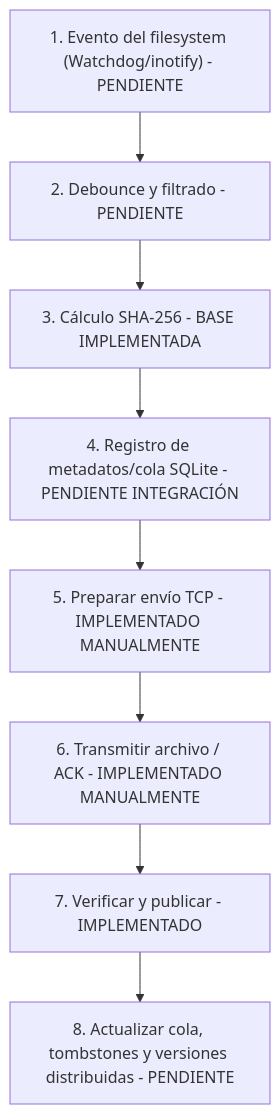
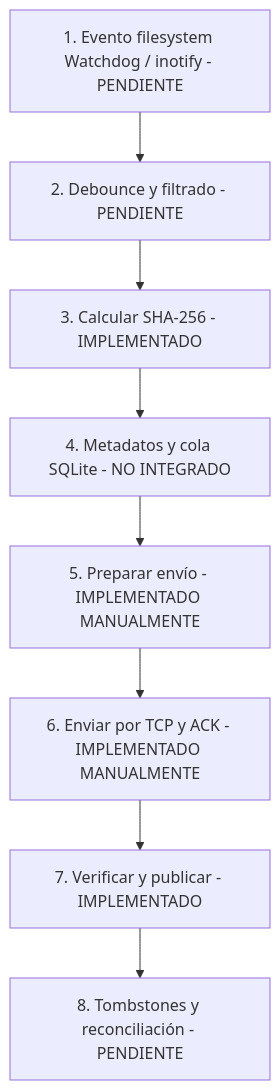
One commit to Codeforgeettttt/localsync-lan-engine_SistemasOperativos_G1 changed the diagram in documentacion/diagramas/fuentes_mermaid/flujo_sincronizacion_8_etapas.mmd. Above: the diagram before and after it, drawn with Mermaid.

Commit message:
docs(mermaid): corregir sintaxis del diagrama de evolución futura

```diff
--- a/documentacion/diagramas/fuentes_mermaid/flujo_sincronizacion_8_etapas.mmd
+++ b/documentacion/diagramas/fuentes_mermaid/flujo_sincronizacion_8_etapas.mmd
@@ -1,11 +1,18 @@
 %% DISEÑO FUTURO: sincronización automática, NO implementada.
-%% Se conserva para documentar la evolución propuesta del proyecto.
+%% El flujo muestra requisitos propuestos; la transferencia TCP actual es manual.
 flowchart TD
-  A["1. Evento del filesystem (Watchdog/inotify) - PENDIENTE"] -->
-  B["2. Debounce y filtrado - PENDIENTE"] -->
-  C["3. Cálculo SHA-256 - BASE IMPLEMENTADA"] -->
-  D["4. Registro de metadatos/cola SQLite - PENDIENTE INTEGRACIÓN"] -->
-  E["5. Preparar envío TCP - IMPLEMENTADO MANUALMENTE"] -->
-  F["6. Transmitir archivo / ACK - IMPLEMENTADO MANUALMENTE"] -->
-  G["7. Verificar y publicar - IMPLEMENTADO"] -->
-  H["8. Actualizar cola, tombstones y versiones distribuidas - PENDIENTE"]
+  A["1. Evento filesystem Watchdog / inotify - PENDIENTE"]
+  B["2. Debounce y filtrado - PENDIENTE"]
+  C["3. Calcular SHA-256 - IMPLEMENTADO"]
+  D["4. Metadatos y cola SQLite - NO INTEGRADO"]
+  E["5. Preparar envío - IMPLEMENTADO MANUALMENTE"]
+  F["6. Enviar por TCP y ACK - IMPLEMENTADO MANUALMENTE"]
+  G["7. Verificar y publicar - IMPLEMENTADO"]
+  H["8. Tombstones y reconciliación - PENDIENTE"]
+  A --> B
+  B --> C
+  C --> D
+  D --> E
+  E --> F
+  F --> G
+  G --> H
```
